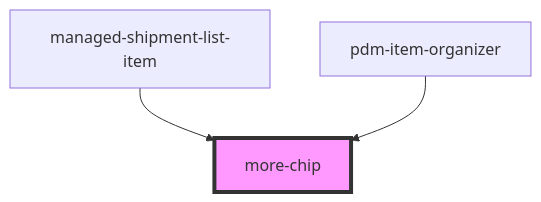
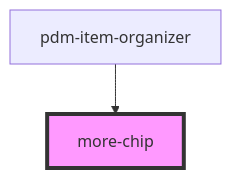
Before and after one commit to PharmaLedger-IMI/fgt-workspace: the diagram in pdm-web-components/src/components/more-chip/readme.md, drawn with Mermaid. The commit also changed other lines of this file and 129 other files, not shown here.

````diff
--- a/pdm-web-components/src/components/more-chip/readme.md
+++ b/pdm-web-components/src/components/more-chip/readme.md
@@ -31,6 +30,5 @@
 ```mermaid
 graph TD;
-  managed-shipment-list-item --> more-chip
   pdm-item-organizer --> more-chip
   style more-chip fill:#f9f,stroke:#333,stroke-width:4px
 ```
````
